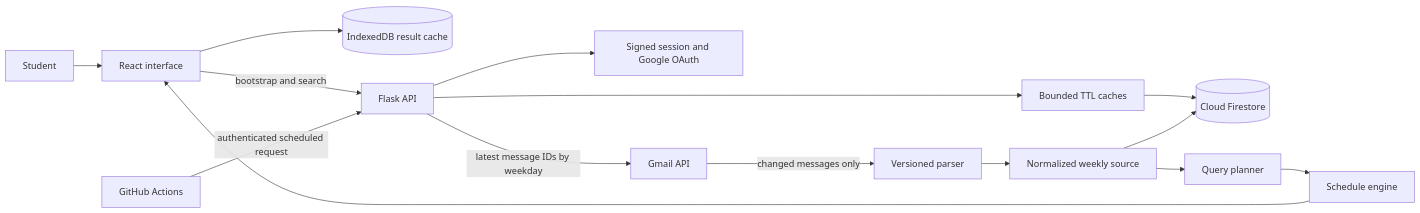
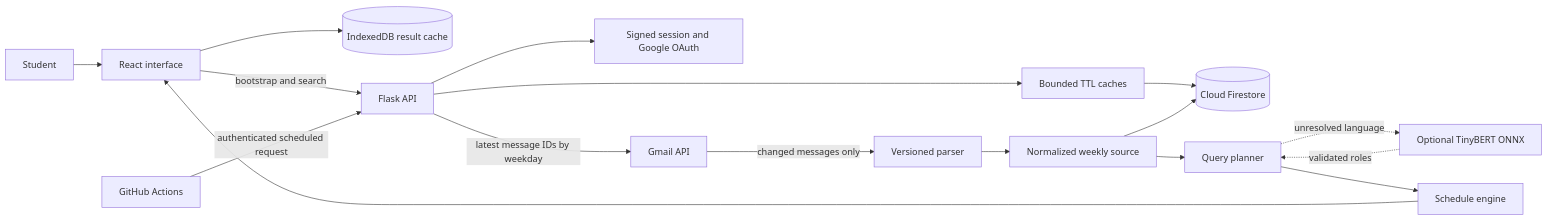
The diagram in docs/architecture/README.md (muneeb-anjum0/ClassWire), drawn with Mermaid before and after one commit. The commit also changed other lines of this file and 48 other files, not shown here.

Commit message:
Complete semantic search and add TinyBERT NLU pipeline

````diff
--- a/docs/architecture/README.md
+++ b/docs/architecture/README.md
@@ -7,20 +7,22 @@
 ```mermaid
 flowchart LR
   U[Student] --> UI[React interface]
   UI --> IDB[(IndexedDB result cache)]
   UI -->|bootstrap and search| API[Flask API]
 
   API --> AUTH[Signed session and Google OAuth]
   API --> CACHE[Bounded TTL caches]
   CACHE --> FS[(Cloud Firestore)]
 
   API -->|latest message IDs by weekday| GM[Gmail API]
   GM -->|changed messages only| PARSER[Versioned parser]
   PARSER --> NORMAL[Normalized weekly source]
   NORMAL --> FS
   NORMAL --> PLAN[Query planner]
+  PLAN -. unresolved language .-> NLU[Optional TinyBERT ONNX]
+  NLU -. validated roles .-> PLAN
   PLAN --> ENGINE[Schedule engine]
   ENGINE --> UI
 
   GH[GitHub Actions] -->|authenticated scheduled request| API
 ```
````
